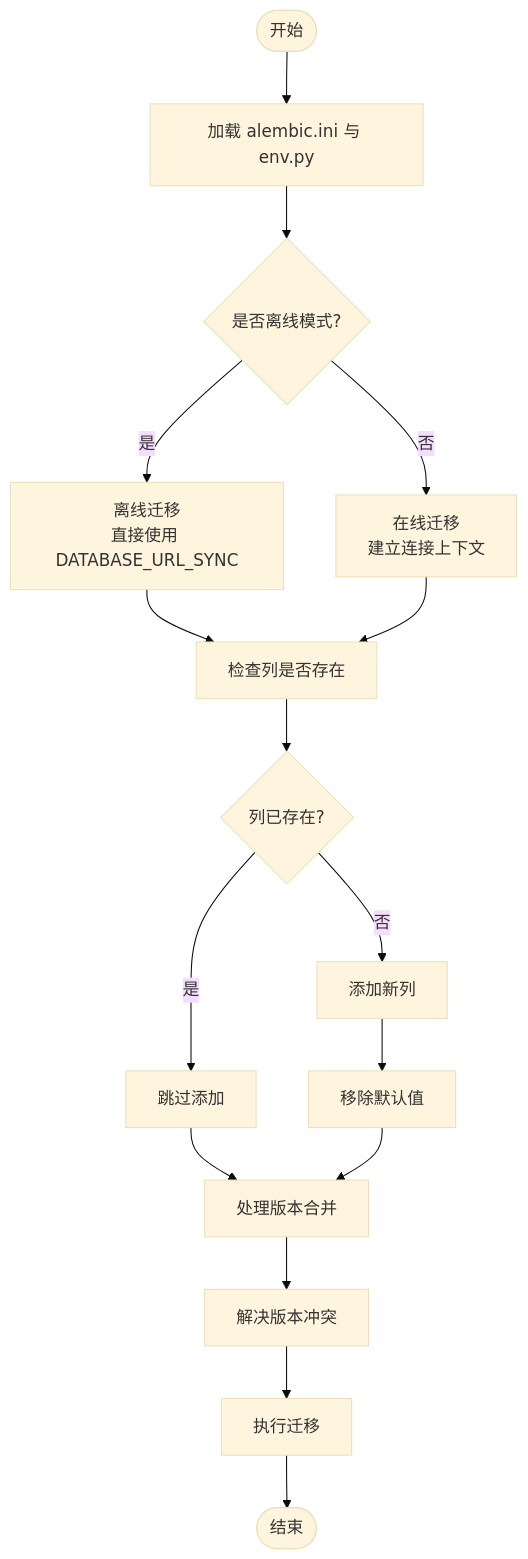
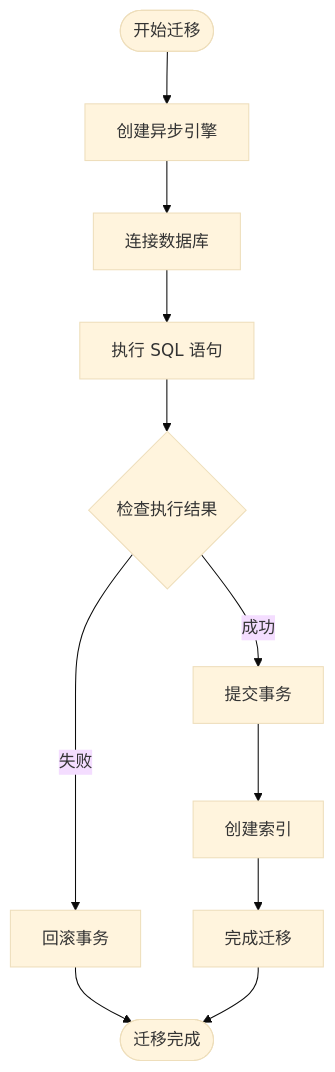
Before and after one commit to xfbyxq/ai-novel-system: the third of 8 diagrams in .qoder/repowiki/zh/content/部署与运维/数据库管理与迁移.md, drawn with Mermaid (base theme). The commit also changed other lines of this file and 4 other files, not shown here.

First line of the commit message:
feat(database): 切换至手动迁移脚本系统并增强数据库Schema设计

````diff
--- a/.qoder/repowiki/zh/content/部署与运维/数据库管理与迁移.md
+++ b/.qoder/repowiki/zh/content/部署与运维/数据库管理与迁移.md
@@ -178,18 +131,13 @@
 ```mermaid
 flowchart TD
-Start(["开始"]) --> LoadCfg["加载 alembic.ini 与 env.py"]
-LoadCfg --> DetectMode{"是否离线模式?"}
-DetectMode --> |是| Offline["离线迁移<br/>直接使用 DATABASE_URL_SYNC"]
-DetectMode --> |否| Online["在线迁移<br/>建立连接上下文"]
-Offline --> CheckColumn["检查列是否存在"]
-Online --> CheckColumn
-CheckColumn --> Exists{"列已存在?"}
-Exists --> |是| Skip["跳过添加"]
-Exists --> |否| AddCol["添加新列"]
-Skip --> HandleMerge["处理版本合并"]
-AddCol --> RemoveDefault["移除默认值"]
-RemoveDefault --> HandleMerge
-HandleMerge --> ResolveConflict["解决版本冲突"]
-ResolveConflict --> RunMigs["执行迁移"]
-RunMigs --> End(["结束"])
+Start(["开始迁移"]) --> CreateEngine["创建异步引擎"]
+CreateEngine --> ConnectDB["连接数据库"]
+ConnectDB --> ExecuteSQL["执行 SQL 语句"]
+ExecuteSQL --> CheckError{"检查执行结果"}
+CheckError --> |成功| Commit["提交事务"]
+CheckError --> |失败| Rollback["回滚事务"]
+Commit --> CreateIndex["创建索引"]
+CreateIndex --> Finalize["完成迁移"]
+Rollback --> End(["迁移失败"])
+Finalize --> End(["迁移完成"])
 ```
````
